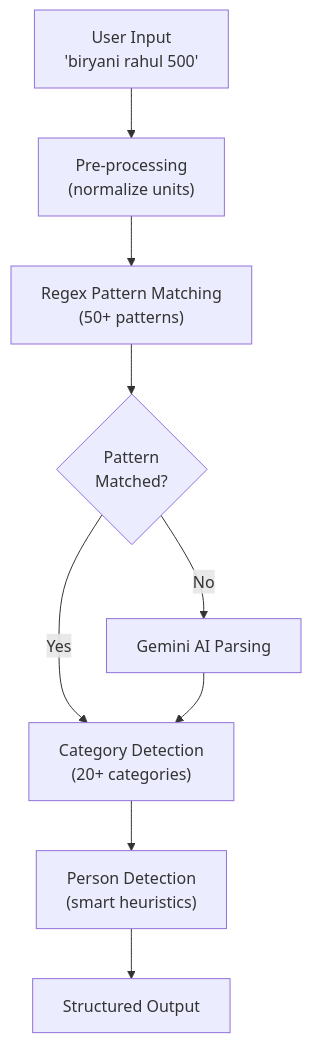
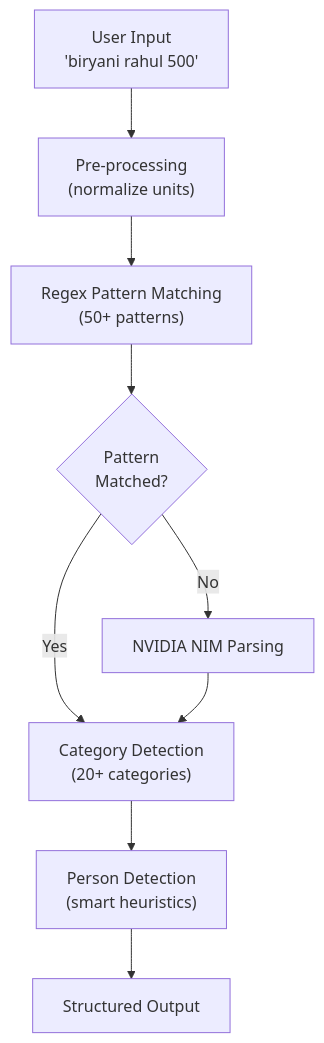
Before and after one commit to Gauravkrsah/pfm-deployment: the sixth of 7 diagrams in doc.md, drawn with Mermaid. The commit also changed other lines of this file and 111 other files, not shown here.

````diff
--- a/doc.md
+++ b/doc.md
@@ -301,20 +301,20 @@
 ```mermaid
 flowchart TD
     Input["User Input<br/>'biryani rahul 500'"]
     Preprocess["Pre-processing<br/>(normalize units)"]
     Regex["Regex Pattern Matching<br/>(50+ patterns)"]
     Check{Pattern<br/>Matched?}
-    AI["Gemini AI Parsing"]
+    AI["NVIDIA NIM Parsing"]
     Categorize["Category Detection<br/>(20+ categories)"]
     Person["Person Detection<br/>(smart heuristics)"]
     Output["Structured Output"]
     
     Input --> Preprocess
     Preprocess --> Regex
     Regex --> Check
     Check -->|Yes| Categorize
     Check -->|No| AI
     AI --> Categorize
     Categorize --> Person
     Person --> Output
 ```
````
